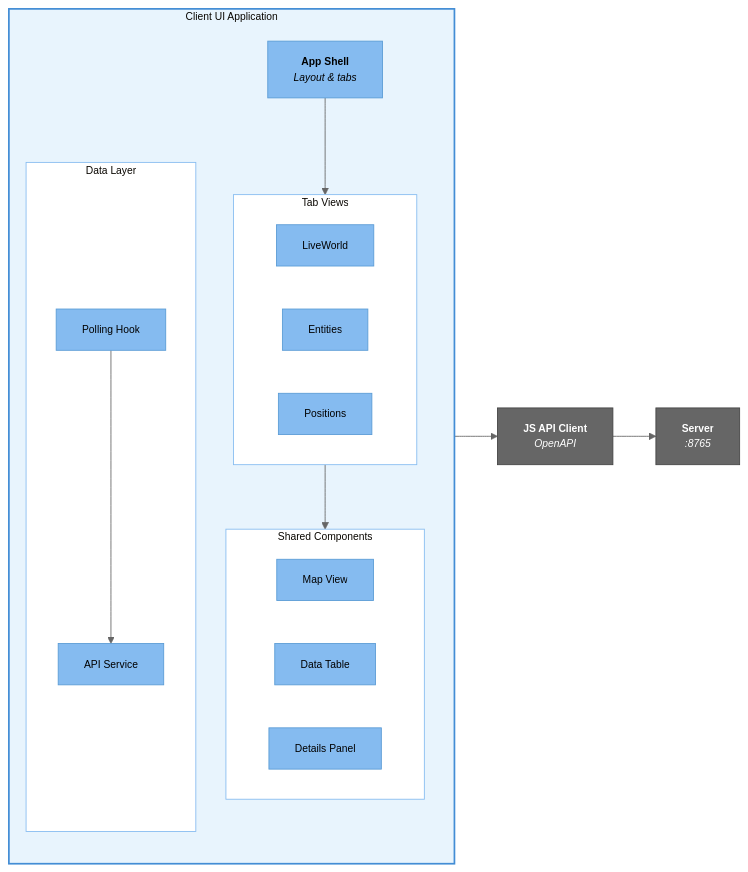
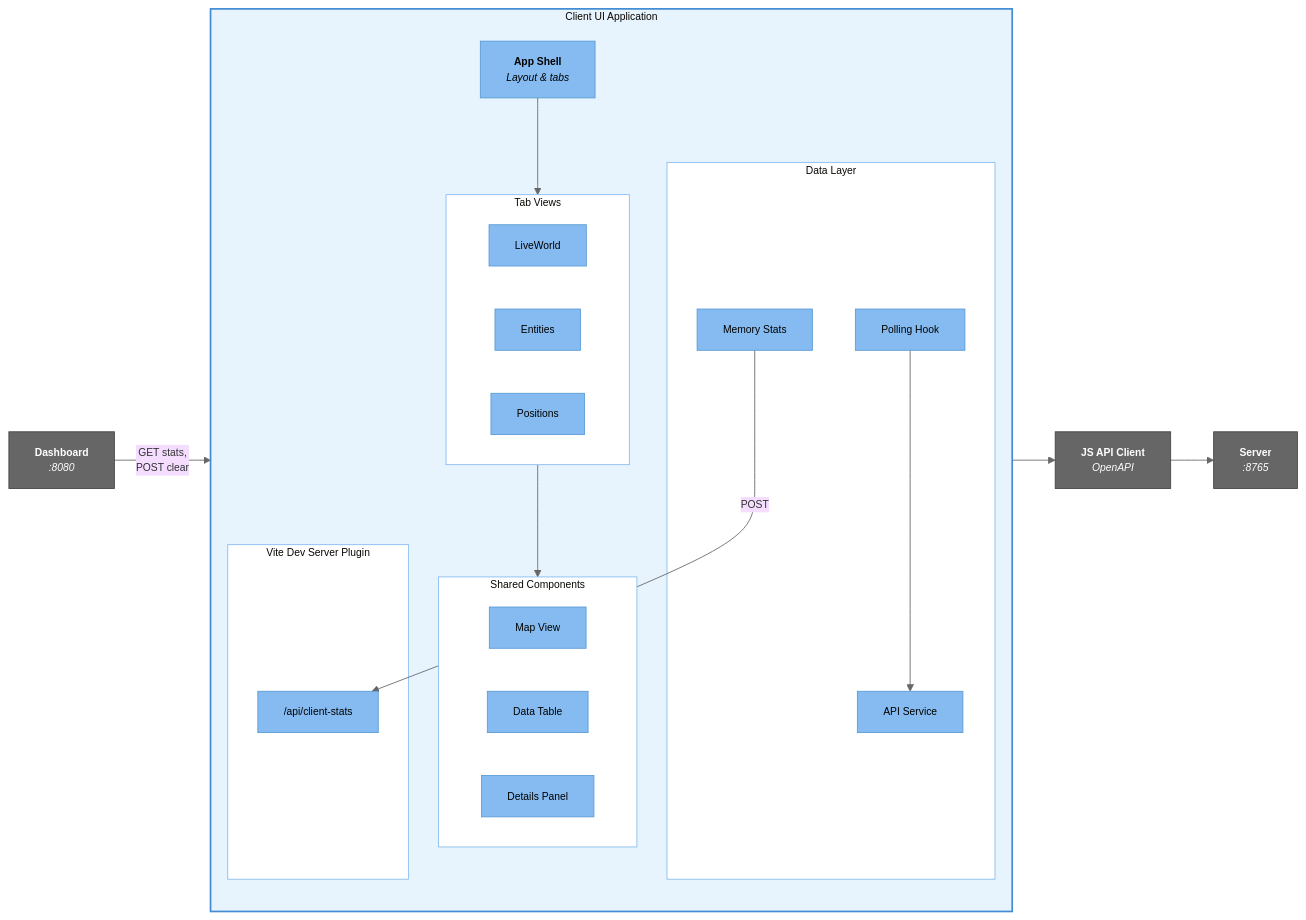
The fourth of 6 diagrams in docs/c4-architecture-diagram.md (ericpauls/disco_workspace), drawn with Mermaid before and after one commit. The commit also changed other lines of this file and 3 other files, not shown here.

First line of the commit message:
feat: Add client stats display and clear controls to dashboard

````diff
--- a/docs/c4-architecture-diagram.md
+++ b/docs/c4-architecture-diagram.md
@@ -149,45 +150,54 @@
 ```mermaid
 %%{init: {'theme': 'base', 'themeVariables': { 'lineColor': '#666', 'fontSize': '12px'}}}%%
 flowchart LR
     subgraph client["Client UI Application"]
         direction TB
         shell["<b>App Shell</b><br/><i>Layout & tabs</i>"]
 
         subgraph tabs["Tab Views"]
             lw_tab["LiveWorld"]
             ent_tab["Entities"]
             pos_tab["Positions"]
         end
 
         subgraph views["Shared Components"]
             map["Map View"]
             table["Data Table"]
             details["Details Panel"]
         end
 
         subgraph data["Data Layer"]
             polling["Polling Hook"]
             api_svc["API Service"]
+            mem_stats["Memory Stats"]
+        end
+
+        subgraph vite_plugin["Vite Dev Server Plugin"]
+            stats_api["/api/client-stats"]
         end
 
         shell --> tabs
         tabs --> views
         polling --> api_svc
+        mem_stats -->|POST| stats_api
     end
 
     js_client["<b>JS API Client</b><br/><i>OpenAPI</i>"]
     server["<b>Server</b><br/><i>:8765</i>"]
+    dashboard["<b>Dashboard</b><br/><i>:8080</i>"]
 
     api_svc --> js_client
     js_client --> server
+    dashboard -->|GET stats,<br/>POST clear| stats_api
 
     classDef comp fill:#85BBF0,stroke:#5A9BD5,color:#000
     classDef cbox fill:#E8F4FD,stroke:#438DD5,stroke-width:2px
     classDef ext fill:#666,stroke:#444,color:#fff
     classDef inner fill:#fff,stroke:#85BBF0,stroke-width:1px
 
-    class shell,lw_tab,ent_tab,pos_tab,map,table,details,polling,api_svc comp
+    class shell,lw_tab,ent_tab,pos_tab,map,table,details,polling,api_svc,mem_stats comp
+    class stats_api comp
     class client cbox
-    class js_client,server ext
-    class tabs,views,data inner
+    class js_client,server,dashboard ext
+    class tabs,views,data,vite_plugin inner
 ```
````
